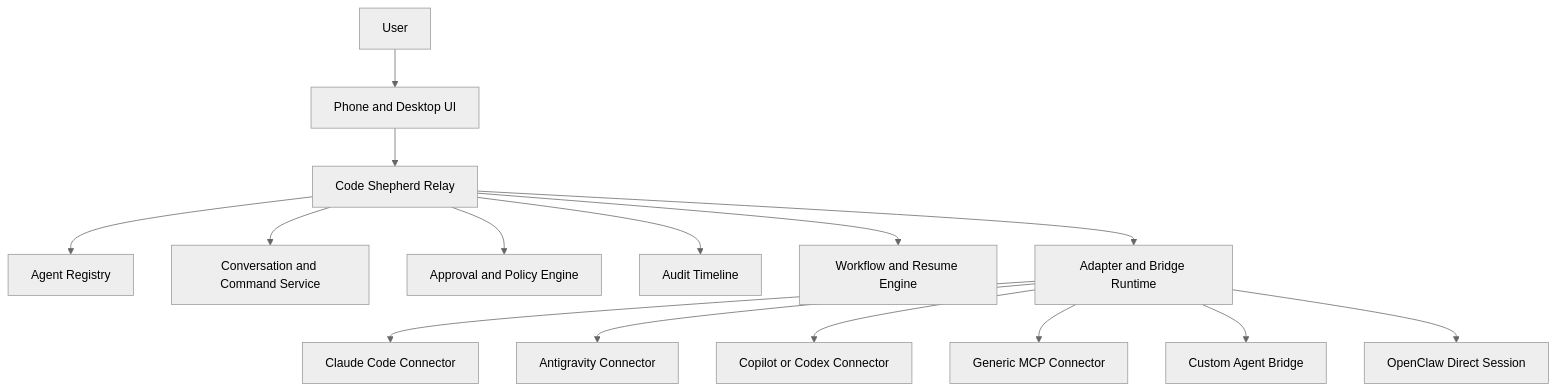
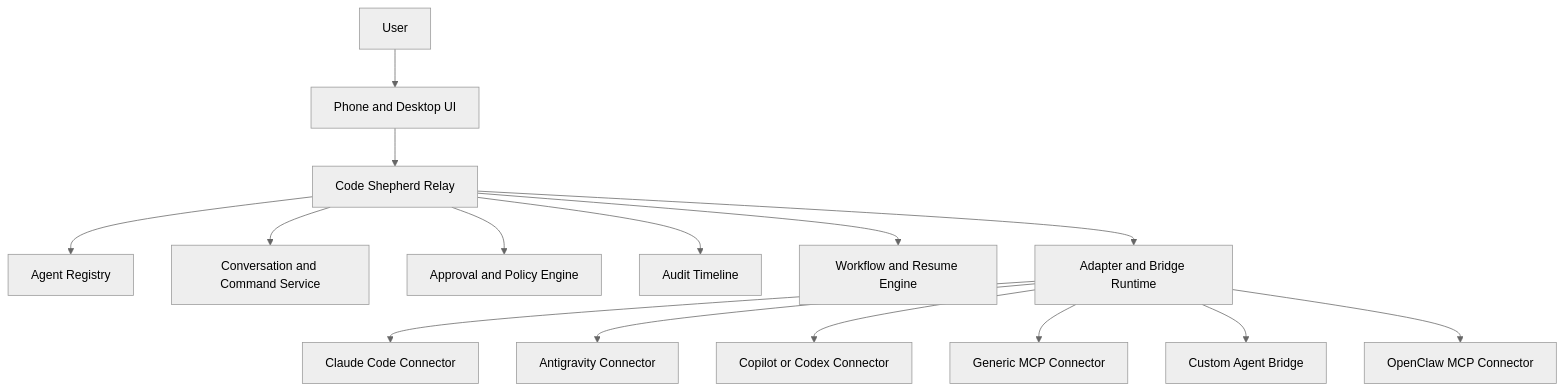
The diagram in CODE_SHEPHERD.md (SSS-R/Code-Shepherd), drawn with Mermaid (neutral theme) before and after one commit. The commit also changed other lines of this file and 23 other files, not shown here.

````diff
--- a/CODE_SHEPHERD.md
+++ b/CODE_SHEPHERD.md
@@ -181,20 +181,20 @@
 ```mermaid
 flowchart TB
     User[User]
     User --> UI[Phone and Desktop UI]
     UI --> Relay[Code Shepherd Relay]
 
     Relay --> Registry[Agent Registry]
     Relay --> Conversations[Conversation and Command Service]
     Relay --> Approvals[Approval and Policy Engine]
     Relay --> Audit[Audit Timeline]
     Relay --> Workflows[Workflow and Resume Engine]
     Relay --> Bridges[Adapter and Bridge Runtime]
 
     Bridges --> Claude[Claude Code Connector]
     Bridges --> Gravity[Antigravity Connector]
     Bridges --> Copilot[Copilot or Codex Connector]
     Bridges --> MCP[Generic MCP Connector]
     Bridges --> Custom[Custom Agent Bridge]
-    Bridges --> OpenClaw[OpenClaw Direct Session]
+    Bridges --> OpenClaw[OpenClaw MCP Connector]
 ```
````
